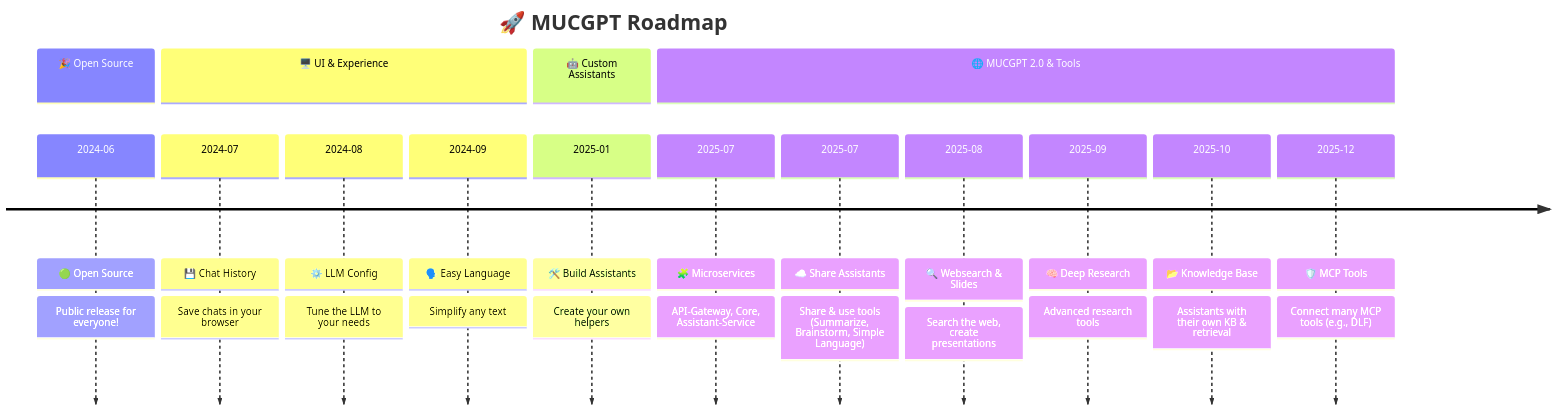
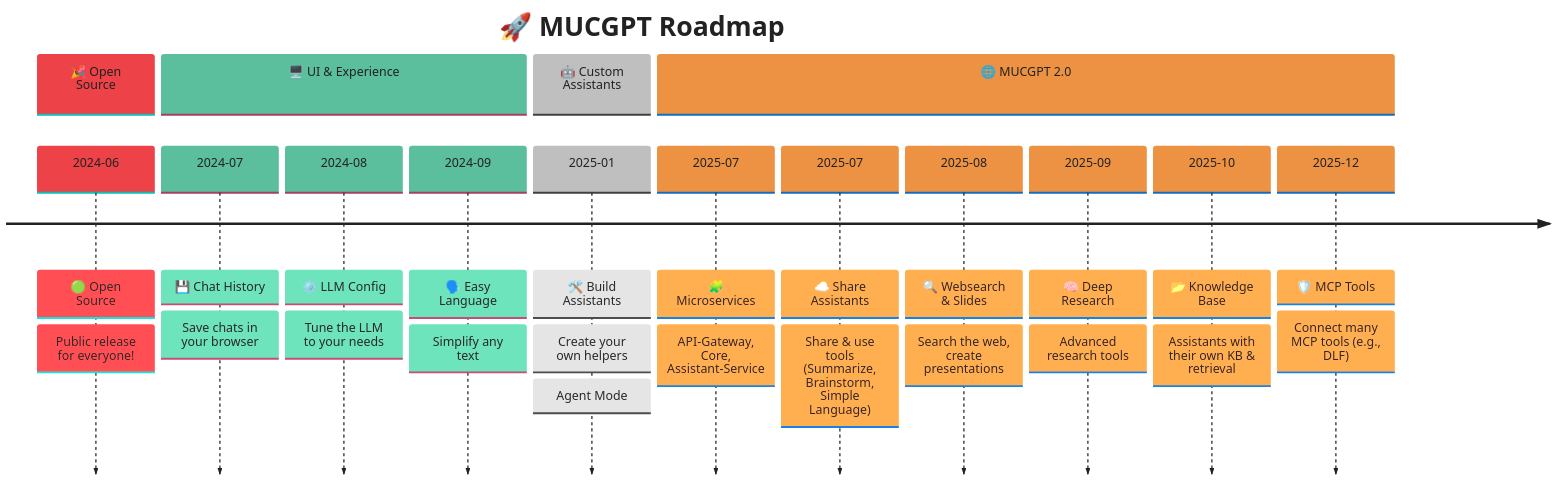
The diagram in README.md (it-at-m/mucgpt), drawn with Mermaid before and after one commit.

Commit message:
💄 let readmy look nicer

````diff
--- a/README.md
+++ b/README.md
@@ -143,46 +143,38 @@
 ```mermaid
 %%{init:
 {
   "theme": "base",
   "themeVariables": {
-    "nodeBorder": "#1a237e",
-    "mainBkg": "#e3f2fd",
-    "actorBkg": "#00bcd4",
-    "signalColor": "#ff7043",
-    "textColor": "#263238",
-    "loopTextColor": "#90caf9",
-    "labelTextColor": "#ffffff",
-    "labelBoxBorderColor": "#00e676",
-    "labelBoxBkgColor": "#00e676",
-    "noteBkgColor": "#ffd600",
-    "noteBorderColor": "#ffd600",
-    "fontFamily": "Fira Code, JetBrains Mono, Menlo, Monaco, 'Courier New', monospace",
-    "fontSize": "15px",
-    "edgeLabelBackground": "#ffffff",
-    "clusterBkg": "#b3e5fc",
-    "clusterBorder": "#0288d1"
+      "primaryColor": "#F8B6B8",
+      "primaryTextColor": "#222222",
+      "primaryBorderColor": "#F6A6A6",
+      "lineColor": "#FFE5B4",
+      "secondaryColor": "#B6E2D3",
+      "tertiaryColor": "#FFFFFF",
+      "fontSize": "20px",
+      "fontFamily": "Inter, Segoe UI, Trebuchet MS, Verdana, Arial, sans-serif"
   }
 }
 }%%
 timeline
   title 🚀 MUCGPT Roadmap
 
   section 🎉 Open Source
     2024-06 : 🟢 Open Source : Public release for everyone!
 
   section 🖥️ UI & Experience
     2024-07 : 💾 Chat History : Save chats in your browser
     2024-08 : ⚙️ LLM Config : Tune the LLM to your needs
     2024-09 : 🗣️ Easy Language : Simplify any text
 
   section 🤖 Custom Assistants
     2025-01 : 🛠️ Build Assistants : Create your own helpers
 
-  section 🌐 MUCGPT 2.0 & Tools
+  section 🌐 MUCGPT 2.0: Agent Mode
     2025-07 : 🧩 Microservices : API-Gateway, Core, Assistant-Service
     2025-07 : ☁️ Share Assistants : Share & use tools (Summarize, Brainstorm, Simple Language)
     2025-08 : 🔍 Websearch & Slides : Search the web, create presentations
     2025-09 : 🧠 Deep Research : Advanced research tools
     2025-10 : 📂 Knowledge Base : Assistants with their own KB & retrieval
     2025-12 : 🛡️ MCP Tools : Connect many MCP tools (e.g., DLF)
 ```
````
